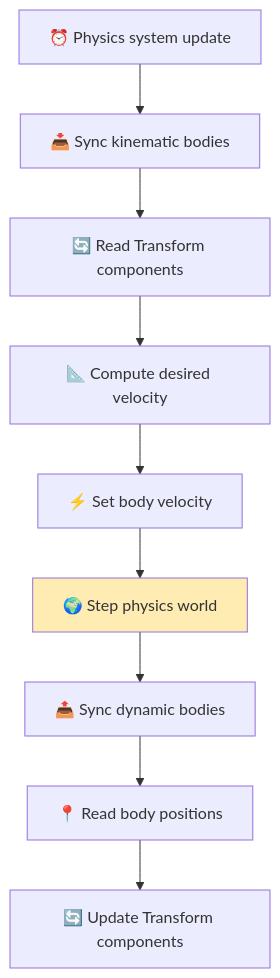
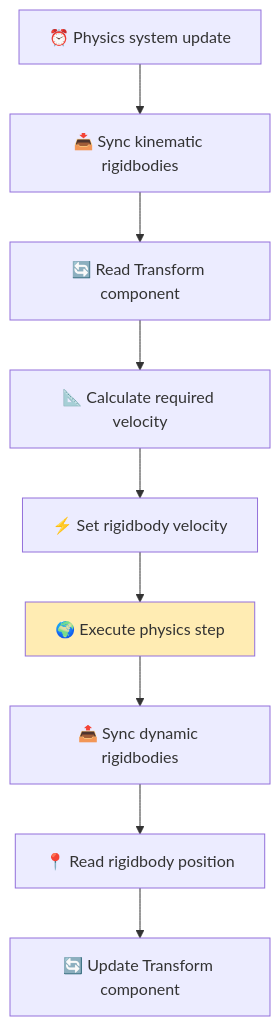
Before and after one commit to NGLSG/Luma: the seventh of 12 diagrams in ARCHITECTURE_EN.md, drawn with Mermaid. The commit also changed other lines of this file and 61 other files, not shown here.

````diff
--- a/ARCHITECTURE_EN.md
+++ b/ARCHITECTURE_EN.md
@@ -178,13 +175,13 @@
 ```mermaid
 graph TD
-    A[⏰ Physics system update] --> B[📥 Sync kinematic bodies]
-    B --> C[🔄 Read Transform components]
-    C --> D[📐 Compute desired velocity]
-    D --> E[⚡ Set body velocity]
-    E --> F[🌍 Step physics world]
-    F --> G[📤 Sync dynamic bodies]
-    G --> H[📍 Read body positions]
-    H --> I[🔄 Update Transform components]
+    A[⏰ Physics system update] --> B[📥 Sync kinematic rigidbodies]
+B --> C[🔄 Read Transform component]
+C --> D[📐 Calculate required velocity]
+D --> E[⚡ Set rigidbody velocity]
+E --> F[🌍 Execute physics step]
+F --> G[📤 Sync dynamic rigidbodies]
+G --> H[📍 Read rigidbody position]
+H --> I[🔄 Update Transform component]
 
-    style F fill:#ffecb3
+style F fill: #ffecb3
 ```
````
